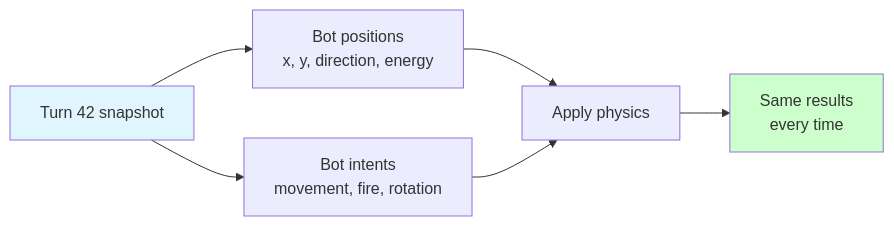
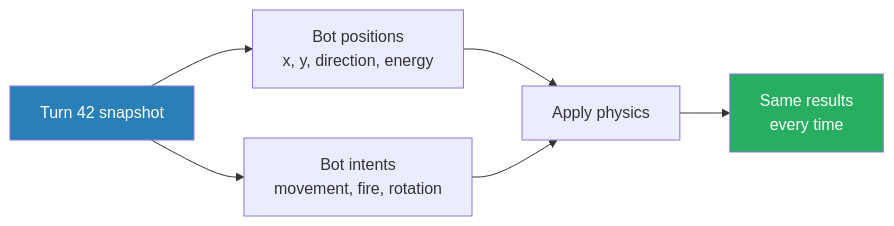
The seventh of 9 diagrams in docs-internal/architecture/models/flows/turn-execution.md (robocode-dev/tank-royale), drawn with Mermaid before and after one commit. The commit also changed other lines of this file and 5 other files, not shown here.

First line of the commit message:
docs(internal): update sequence diagrams for v0.40.x and issue #202 fixes

````diff
--- a/docs-internal/architecture/models/flows/turn-execution.md
+++ b/docs-internal/architecture/models/flows/turn-execution.md
@@ -606,11 +661,11 @@
 ```mermaid
 flowchart LR
     A[Turn 42 snapshot] --> B[Bot positions<br/>x, y, direction, energy]
     A --> C[Bot intents<br/>movement, fire, rotation]
     B --> D[Apply physics]
     C --> D
     D --> E[Same results<br/>every time]
     
-    style A fill:#E1F5FF
-    style E fill:#CCFFCC
+    style A fill:#2980B9,color:#fff
+    style E fill:#27AE60,color:#fff
 ```
````
